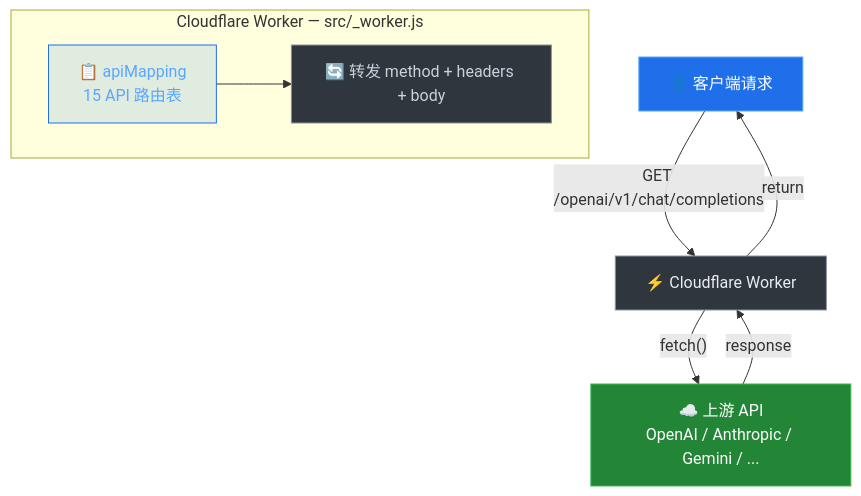
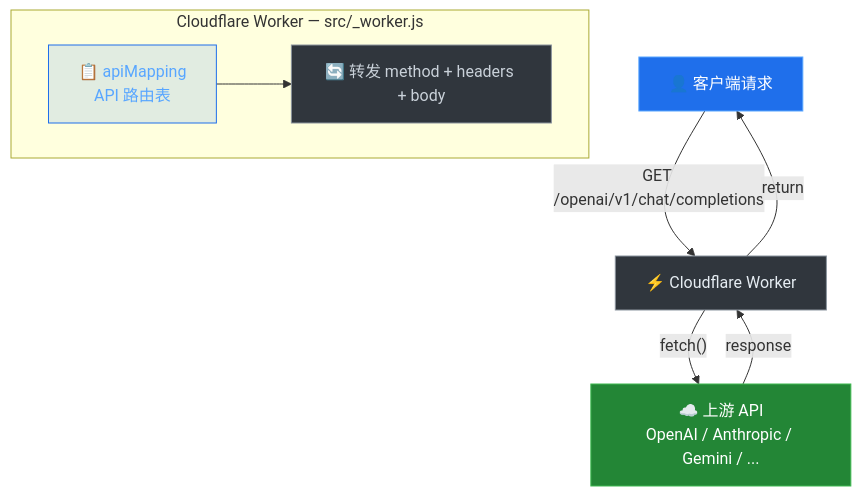
One commit to lopinx/apirouter changed the diagram in README.md. Above: the diagram before and after it, drawn with Mermaid. The commit also changed other lines of this file and 6 other files, not shown here.

````diff
--- a/README.md
+++ b/README.md
@@ -117,20 +116,20 @@
 ```mermaid
 flowchart TD
     C[👤 客户端请求] -->|"GET /openai/v1/chat/completions"| W[⚡ Cloudflare Worker]
 
     subgraph worker ["Cloudflare Worker — src/_worker.js"]
-        M[📋 apiMapping<br/>15 API 路由表]
+        M[📋 apiMapping<br/>API 路由表]
         P[🔄 转发 method + headers + body]
         M --> P
     end
 
     W -->|"fetch()"| U[☁️ 上游 API<br/>OpenAI / Anthropic / Gemini / ...]
     U -->|"response"| W
     W -->|"return"| C
 
     style C fill:#1f6feb,stroke:#58a6ff,color:#fff
     style W fill:#30363d,stroke:#8b949e,color:#e6edf3
     style M fill:#1f6feb22,stroke:#1f6feb,color:#58a6ff
     style P fill:#30363d,stroke:#8b949e,color:#c9d1d9
     style U fill:#238636,stroke:#3fb950,color:#fff
 ```
````
